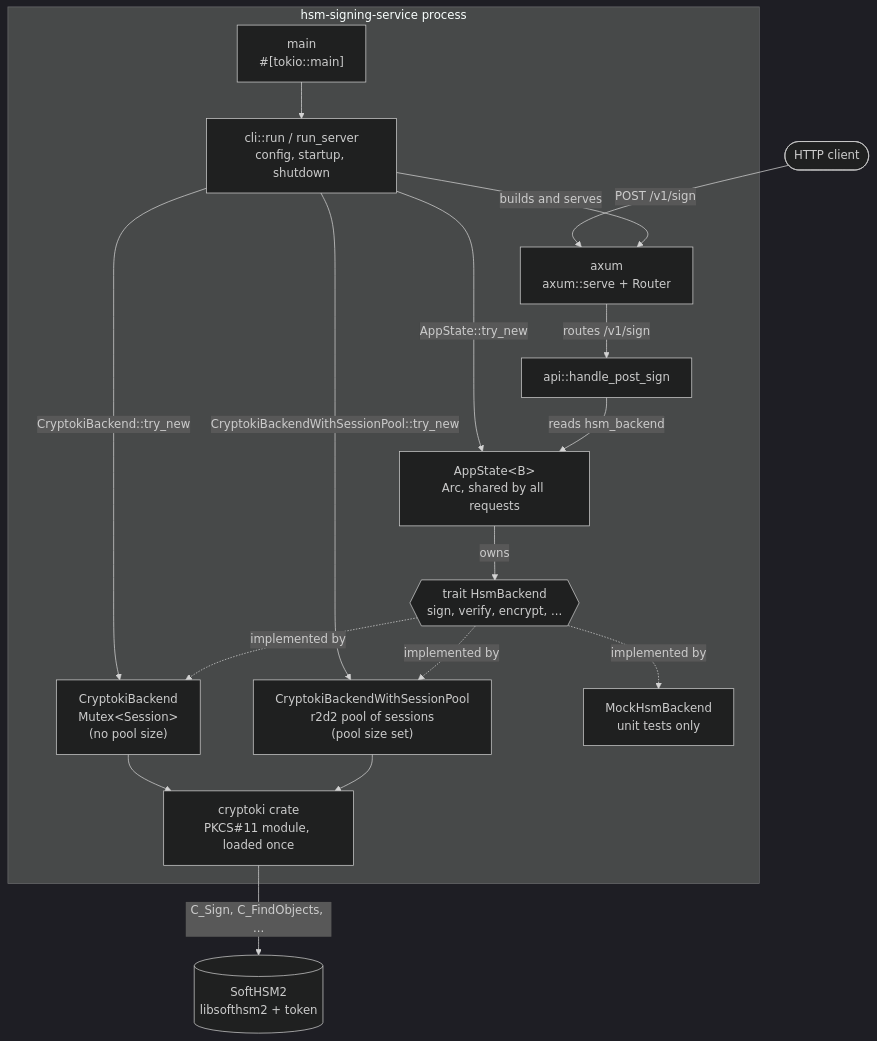
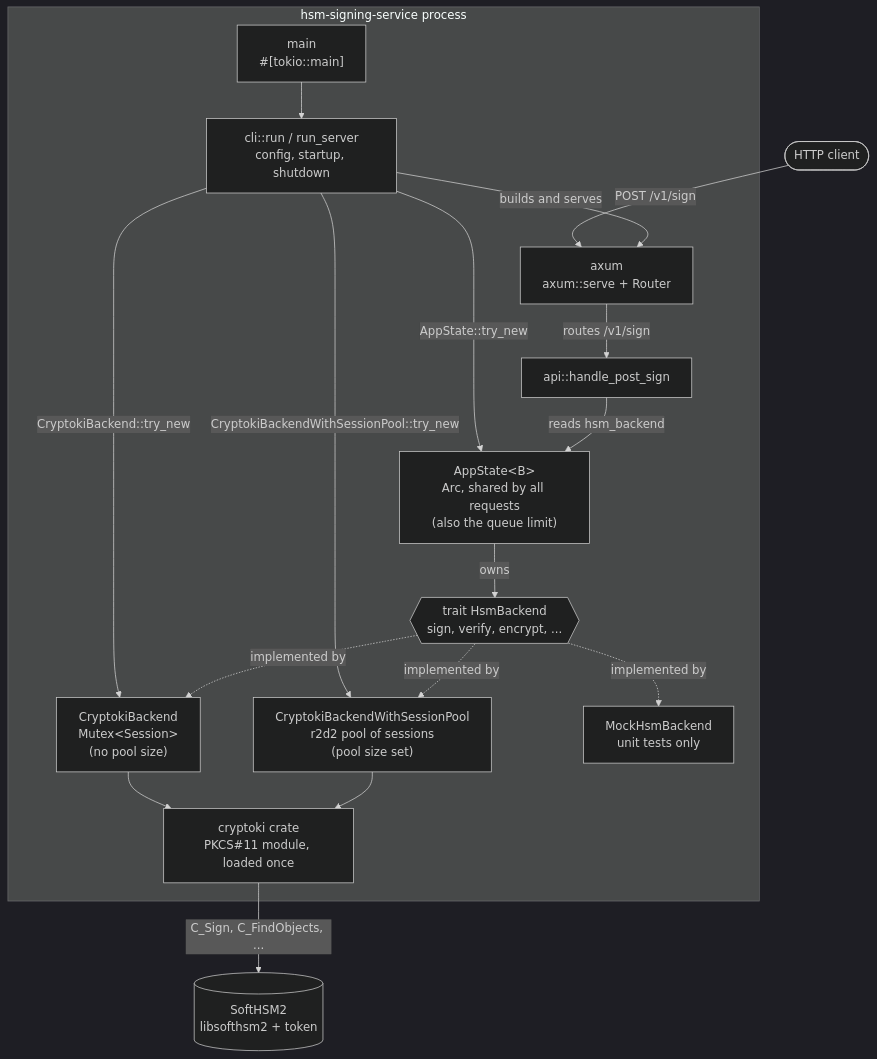
Before and after one commit to aisrael/hsm-signing-service: the first of 3 diagrams in docs/call_flow.md, drawn with Mermaid (dark theme). The commit also changed other lines of this file and 1 other file, not shown here.

````diff
--- a/docs/call_flow.md
+++ b/docs/call_flow.md
@@ -14,35 +16,35 @@
 ```mermaid
 flowchart TB
     client([HTTP client])
 
     subgraph process["hsm-signing-service process"]
         main["main<br/>#[tokio::main]"]
         cli["cli::run / run_server<br/>config, startup, shutdown"]
         axum["axum<br/>axum::serve + Router"]
         handler["api::handle_post_sign"]
-        state["AppState&lt;B&gt;<br/>Arc, shared by all requests"]
+        state["AppState&lt;B&gt;<br/>Arc, shared by all requests<br/>(also the queue limit)"]
         trait{{"trait HsmBackend<br/>sign, verify, encrypt, ..."}}
         cryptoki["CryptokiBackend<br/>Mutex&lt;Session&gt;<br/>(no pool size)"]
         pooled["CryptokiBackendWithSessionPool<br/>r2d2 pool of sessions<br/>(pool size set)"]
         mock["MockHsmBackend<br/>unit tests only"]
         module["cryptoki crate<br/>PKCS#11 module, loaded once"]
     end
 
     softhsm[("SoftHSM2<br/>libsofthsm2 + token")]
 
     client -->|"POST /v1/sign"| axum
     main --> cli
     cli -->|"builds and serves"| axum
     cli -->|"CryptokiBackend::try_new"| cryptoki
     cli -->|"CryptokiBackendWithSessionPool::try_new"| pooled
     cli -->|"AppState::try_new"| state
     axum -->|"routes /v1/sign"| handler
     handler -->|"reads hsm_backend"| state
     state -->|"owns"| trait
     trait -.->|"implemented by"| cryptoki
     trait -.->|"implemented by"| pooled
     trait -.->|"implemented by"| mock
     cryptoki --> module
     pooled --> module
     module -->|"C_Sign, C_FindObjects, ..."| softhsm
 ```
````
